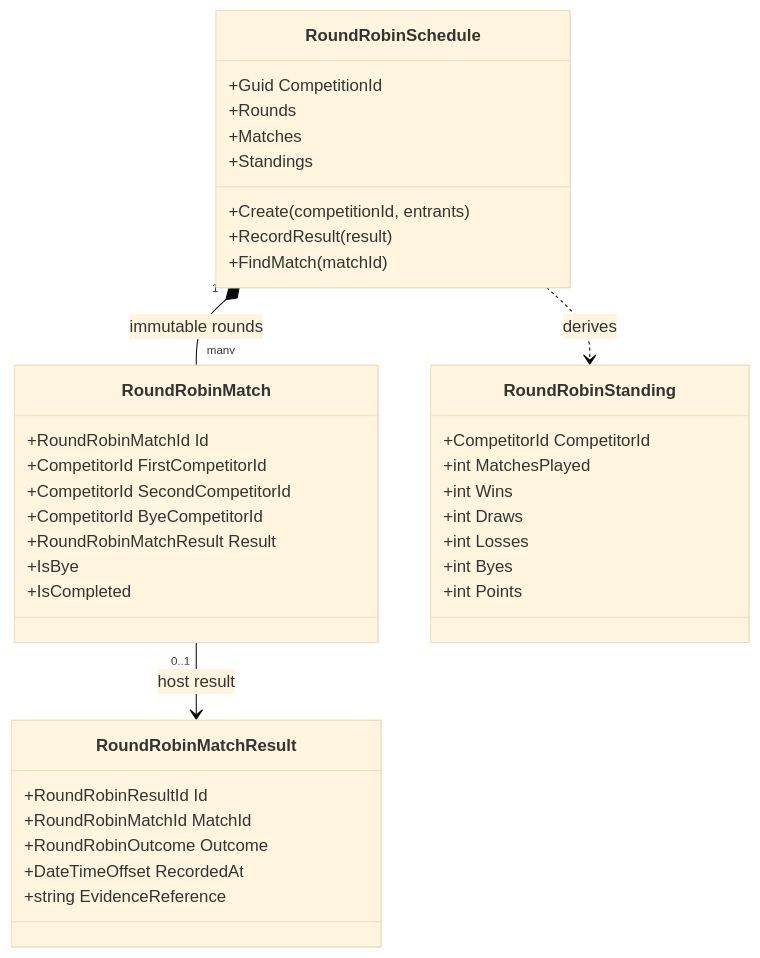
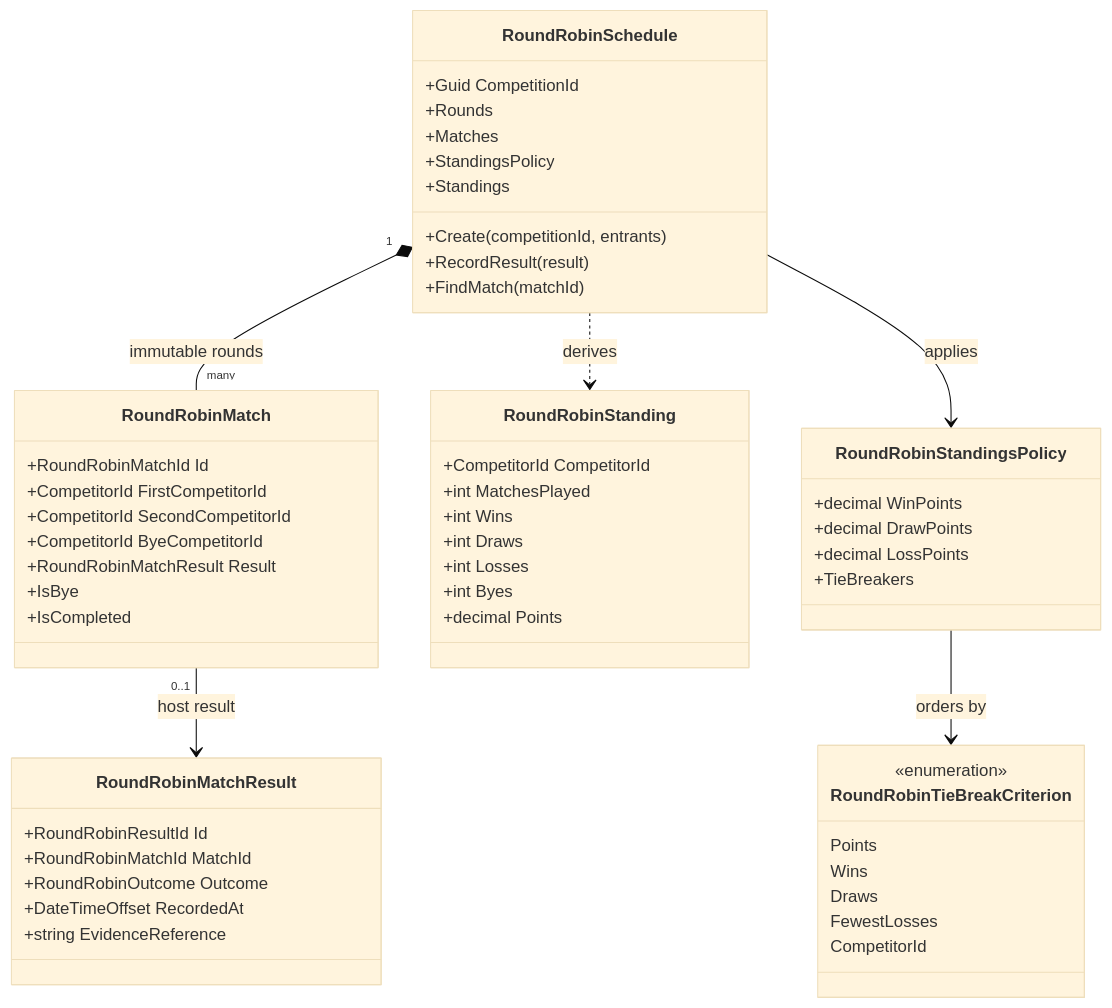
The diagram in docs/UML/RoundRobinScheduleUML.md (TrentBest/TheSingularityWorkshop.Economy), drawn with Mermaid (base theme) before and after one commit. The commit also changed other lines of this file, not shown here.

Commit message:
Document configurable round-robin standings policy

````diff
--- a/docs/UML/RoundRobinScheduleUML.md
+++ b/docs/UML/RoundRobinScheduleUML.md
@@ -9,40 +9,57 @@
 ```mermaid
 classDiagram
     class RoundRobinSchedule {
         +Guid CompetitionId
         +Rounds
         +Matches
+        +StandingsPolicy
         +Standings
         +Create(competitionId, entrants)
         +RecordResult(result)
         +FindMatch(matchId)
     }
     class RoundRobinMatch {
         +RoundRobinMatchId Id
         +CompetitorId FirstCompetitorId
         +CompetitorId SecondCompetitorId
         +CompetitorId ByeCompetitorId
         +RoundRobinMatchResult Result
         +IsBye
         +IsCompleted
     }
     class RoundRobinMatchResult {
         +RoundRobinResultId Id
         +RoundRobinMatchId MatchId
         +RoundRobinOutcome Outcome
         +DateTimeOffset RecordedAt
         +string EvidenceReference
     }
     class RoundRobinStanding {
         +CompetitorId CompetitorId
         +int MatchesPlayed
         +int Wins
         +int Draws
         +int Losses
         +int Byes
-        +int Points
+        +decimal Points
+    }
+    class RoundRobinStandingsPolicy {
+        +decimal WinPoints
+        +decimal DrawPoints
+        +decimal LossPoints
+        +TieBreakers
+    }
+    class RoundRobinTieBreakCriterion {
+        <<enumeration>>
+        Points
+        Wins
+        Draws
+        FewestLosses
+        CompetitorId
     }
     RoundRobinSchedule "1" *-- "many" RoundRobinMatch : immutable rounds
     RoundRobinMatch "0..1" --> RoundRobinMatchResult : host result
     RoundRobinSchedule ..> RoundRobinStanding : derives
+    RoundRobinSchedule --> RoundRobinStandingsPolicy : applies
+    RoundRobinStandingsPolicy --> RoundRobinTieBreakCriterion : orders by
 ```
````
